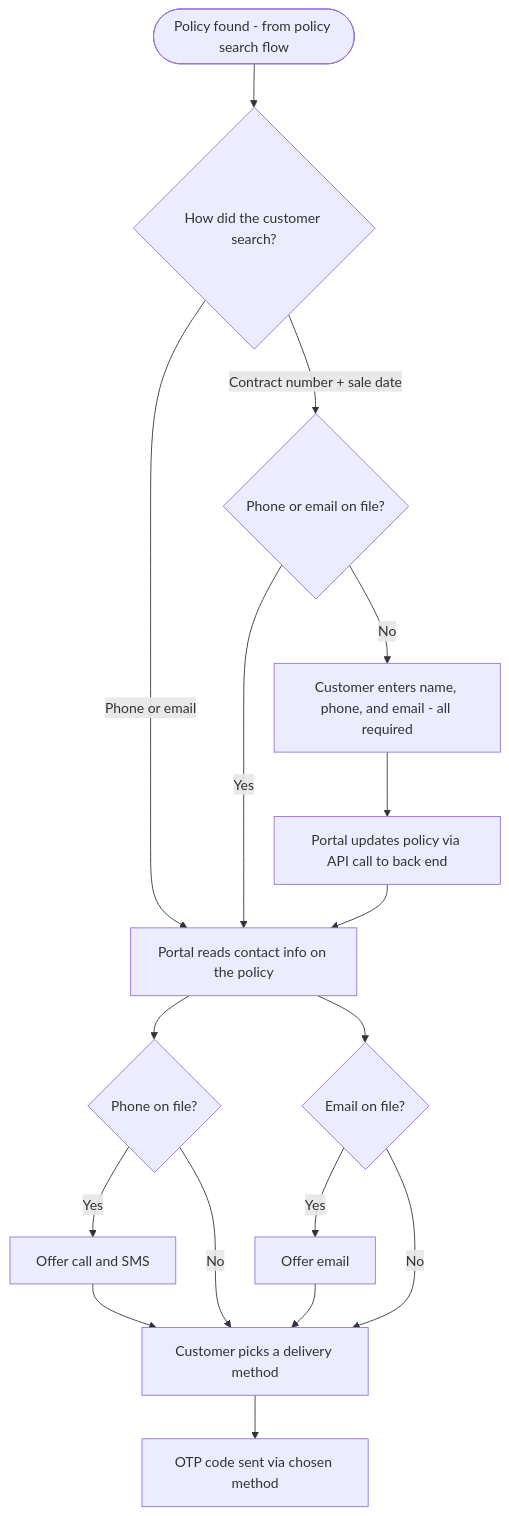
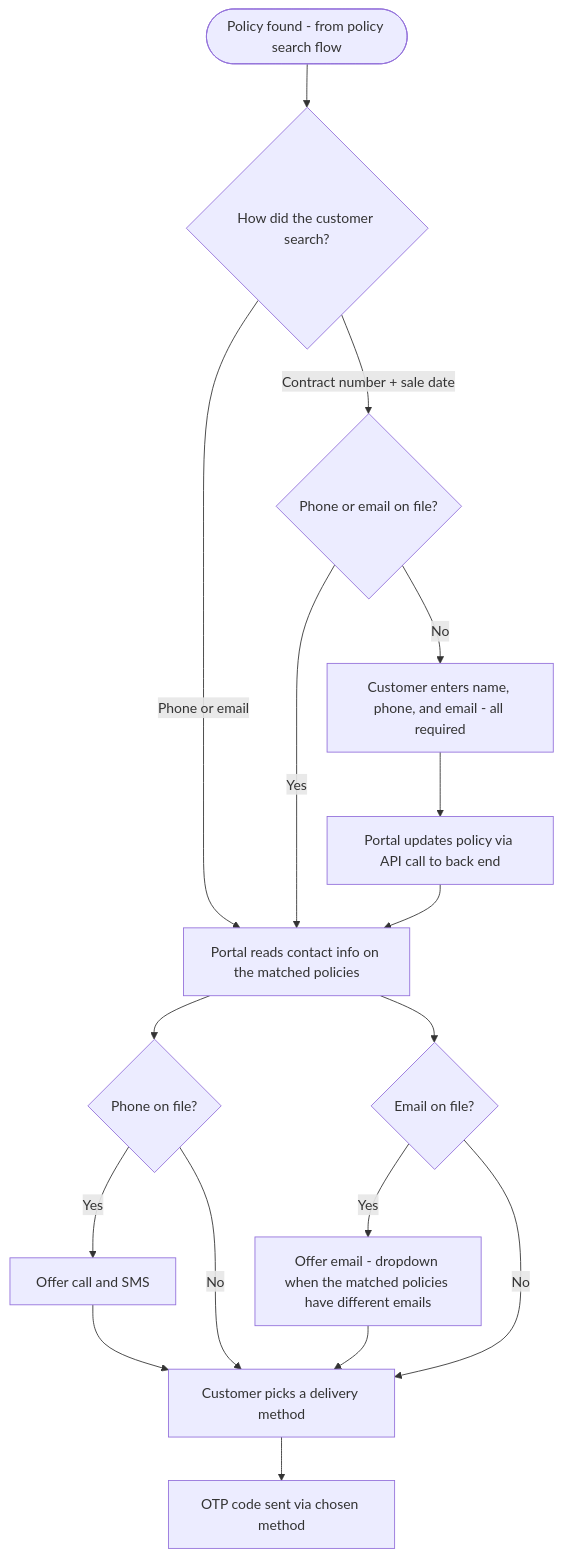
Before and after one commit to prqueen90-collab/journey-diagrams: the diagram in docs/flows/02-otp-routing.md, drawn with Mermaid. The commit also changed other lines of this file and 2 other files, not shown here.

Commit message:
Apply answers on dashboard scope, email dropdown and identifiers
- Dashboard shows only policies tied to the verified phone or email
- Email search confirmed to match like phone search; drop 'client'
- Flow 2: dropdown to pick an email when matched policies differ
- Flow 1: contract number and certificate number are the same

Claude-Session: https://claude.ai/code/session_019K1gMRqgFEv9D5YEyEPSqx

````diff
--- a/docs/flows/02-otp-routing.md
+++ b/docs/flows/02-otp-routing.md
@@ -8,19 +8,19 @@
 ```mermaid
 flowchart TD
     A([Policy found - from policy search flow]) --> B{How did the customer search?}
-    B -->|Phone or email| C[Portal reads contact info on the policy]
+    B -->|Phone or email| C[Portal reads contact info on the matched policies]
     B -->|Contract number + sale date| D{Phone or email on file?}
     D -->|Yes| C
     D -->|No| F[Customer enters name, phone, and email - all required]
     F --> P[Portal updates policy via API call to back end]
     P --> C
     C --> G{Phone on file?}
     C --> H{Email on file?}
     G -->|Yes| I[Offer call and SMS]
-    H -->|Yes| J[Offer email]
+    H -->|Yes| J[Offer email - dropdown when the matched policies have different emails]
     G -->|No| K[Customer picks a delivery method]
     H -->|No| K
     I --> K
     J --> K
     K --> L[OTP code sent via chosen method]
 ```
````
